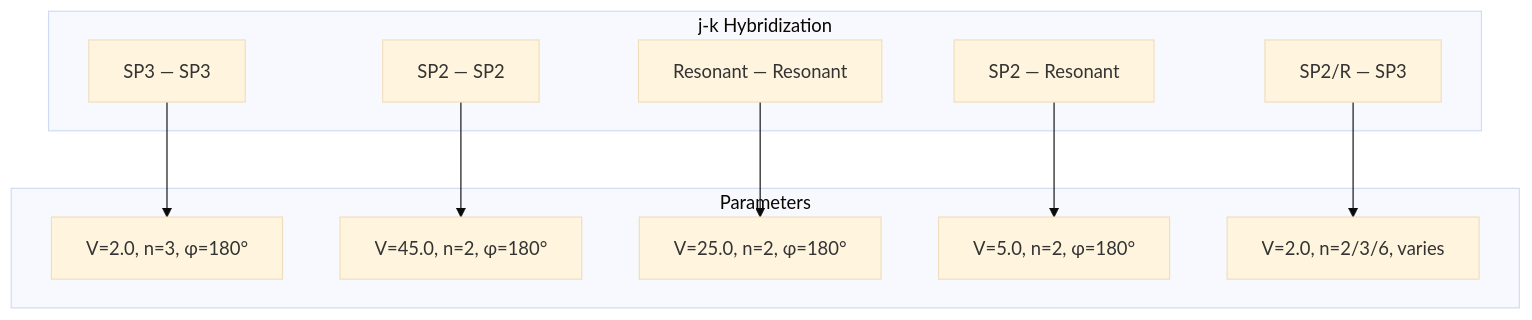
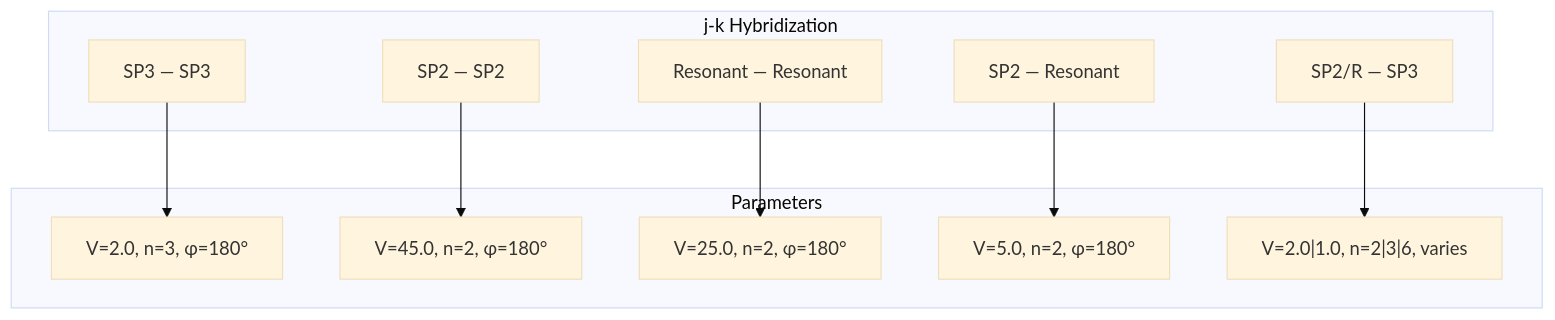
Diagram 16 of 18 in ARCHITECTURE.md (caltechmsc/dreid-forge), drawn with Mermaid (base theme) before and after one commit. The commit also changed other lines of this file, not shown here.

Commit message:
docs(architecture): Updates architecture docs to integrate dreid-kernel and rename terms

````diff
--- a/ARCHITECTURE.md
+++ b/ARCHITECTURE.md
@@ -883,24 +896,24 @@
 ```mermaid
 flowchart TD
     subgraph "j-k Hybridization"
         SP3_SP3["SP3 — SP3"]
         SP2_SP2["SP2 — SP2"]
         RES_RES["Resonant — Resonant"]
         SP2_RES["SP2 — Resonant"]
         MIXED["SP2/R — SP3"]
     end
 
     subgraph "Parameters"
         P1["V=2.0, n=3, φ=180°"]
         P2["V=45.0, n=2, φ=180°"]
         P3["V=25.0, n=2, φ=180°"]
         P4["V=5.0, n=2, φ=180°"]
-        P5["V=2.0, n=2/3/6, varies"]
+        P5["V=2.0|1.0, n=2|3|6, varies"]
     end
 
     SP3_SP3 --> P1
     SP2_SP2 --> P2
     RES_RES --> P3
     SP2_RES --> P4
     MIXED --> P5
 ```
````
